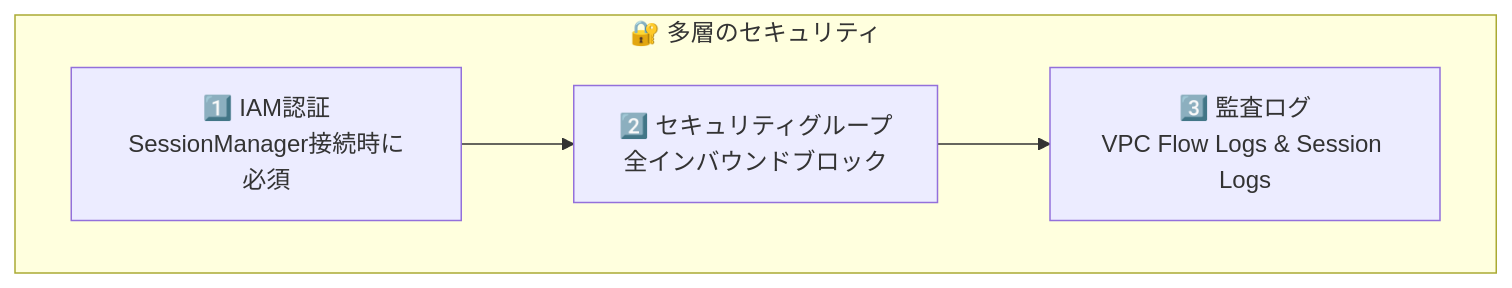
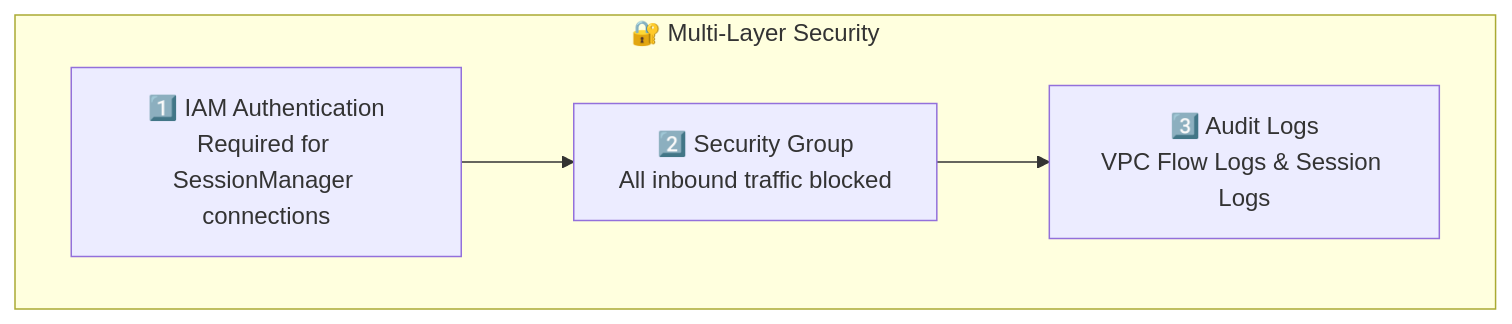
One commit to sukekyo26/ec2-workstation changed the third of 4 diagrams in README.md. Above: the diagram before and after it, drawn with Mermaid. The commit also changed other lines of this file and 1 other file, not shown here.

````diff
--- a/README.md
+++ b/README.md
@@ -127,9 +129,9 @@
 ```mermaid
 flowchart TB
-    subgraph Security["🔐 多層のセキュリティ"]
-        L1["1️⃣ IAM認証<br/>SessionManager接続時に必須"]
-        L2["2️⃣ セキュリティグループ<br/>全インバウンドブロック"]
-        L3["3️⃣ 監査ログ<br/>VPC Flow Logs & Session Logs"]
+    subgraph Security["🔐 Multi-Layer Security"]
+        L1["1️⃣ IAM Authentication<br/>Required for SessionManager connections"]
+        L2["2️⃣ Security Group<br/>All inbound traffic blocked"]
+        L3["3️⃣ Audit Logs<br/>VPC Flow Logs & Session Logs"]
     end
     L1 --> L2 --> L3
 ```
````
